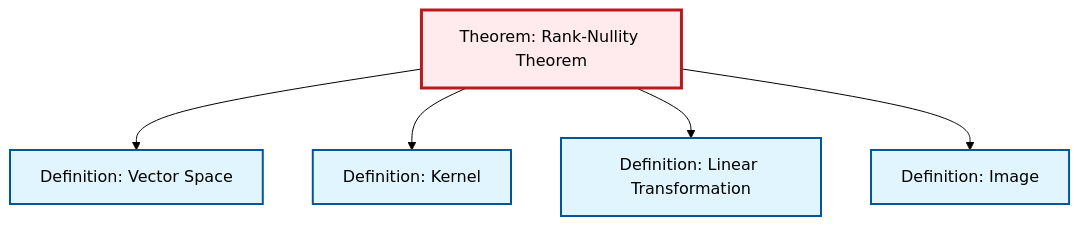
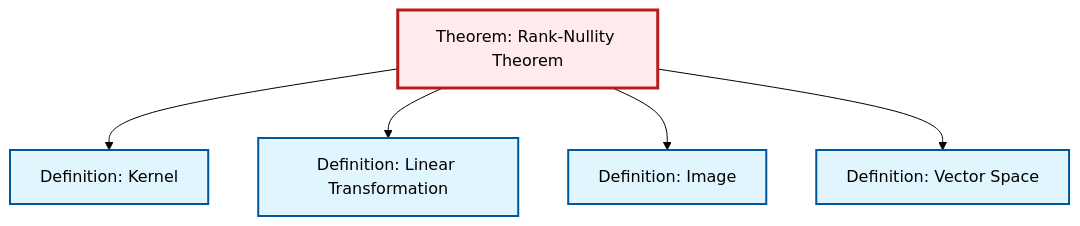
The diagram in content/en/algebra/thm-rank-nullity.qmd (RK0429/ModernMath), drawn with Mermaid (forest theme) before and after one commit. The commit also changed other lines of this file and 417 other files, not shown here.

````diff
--- a/content/en/algebra/thm-rank-nullity.qmd
+++ b/content/en/algebra/thm-rank-nullity.qmd
@@ -55,23 +55,23 @@
 ```{mermaid}
 %%| fig-cap: "Local dependency graph"
 graph TD
     classDef definition fill:#e1f5fe,stroke:#01579b,stroke-width:2px
     classDef theorem fill:#f3e5f5,stroke:#4a148c,stroke-width:2px
     classDef axiom fill:#fff3e0,stroke:#e65100,stroke-width:2px
     classDef example fill:#e8f5e9,stroke:#1b5e20,stroke-width:2px
     classDef current fill:#ffebee,stroke:#b71c1c,stroke-width:3px
+    def-kernel["Definition: Kernel"]:::definition
+    def-vector-space["Definition: Vector Space"]:::definition
     thm-rank-nullity["Theorem: Rank-Nullity Theorem"]:::theorem
-    def-kernel["Definition: Kernel"]:::definition
     def-image["Definition: Image"]:::definition
-    def-vector-space["Definition: Vector Space"]:::definition
     def-linear-transformation["Definition: Linear Transformation"]:::definition
-    thm-rank-nullity --> def-vector-space
     thm-rank-nullity --> def-kernel
     thm-rank-nullity --> def-linear-transformation
     thm-rank-nullity --> def-image
+    thm-rank-nullity --> def-vector-space
     class thm-rank-nullity current
     click def-kernel "def-kernel.html" "Go to Kernel definition"
+    click def-vector-space "def-vector-space.html" "Go to Vector Space definition"
     click def-image "def-image.html" "Go to Image definition"
-    click def-vector-space "def-vector-space.html" "Go to Vector Space definition"
     click def-linear-transformation "def-linear-transformation.html" "Go to Linear Transformation definition"
 ```
````
